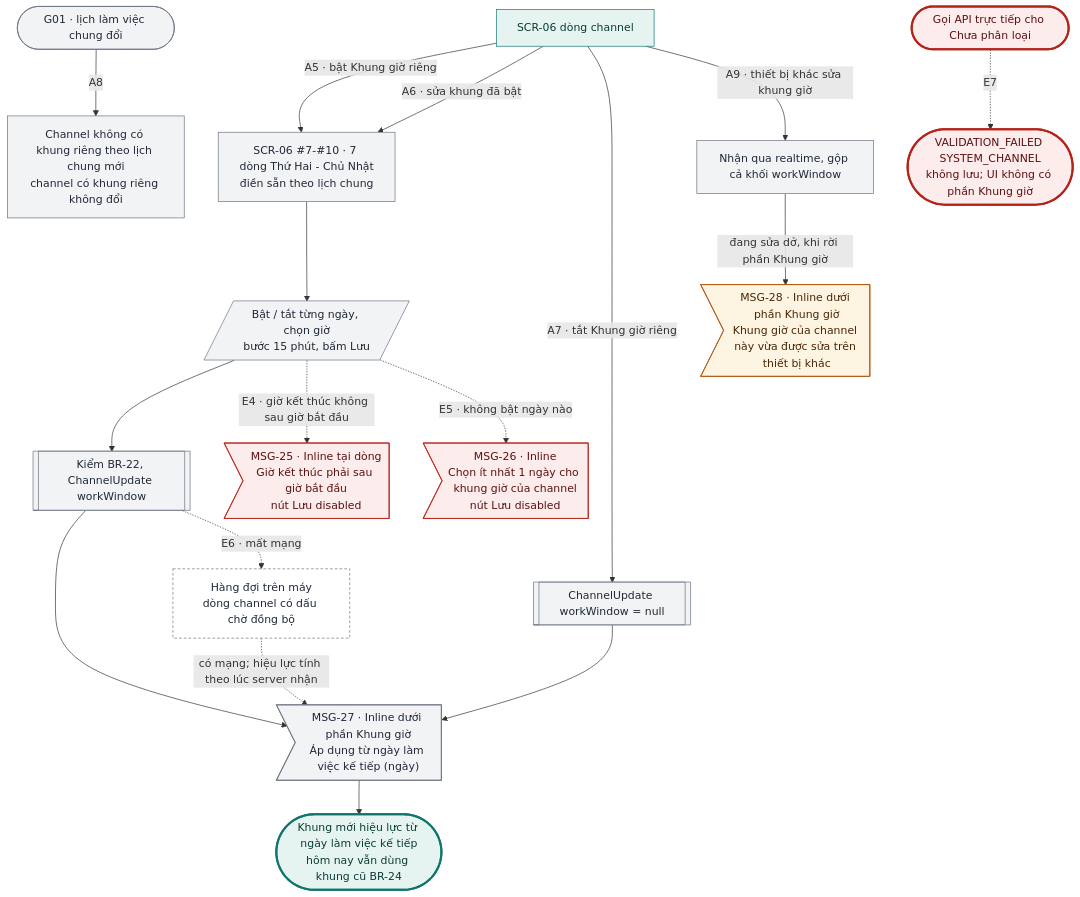
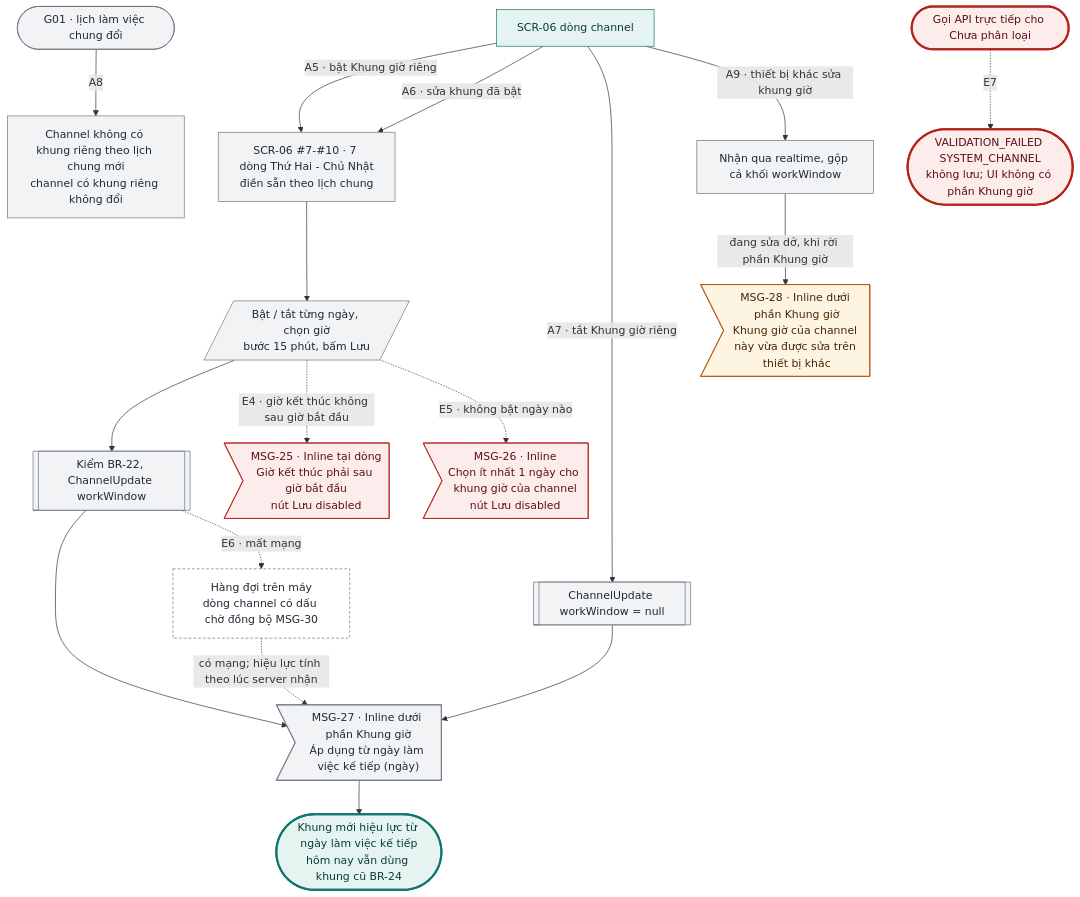
Before and after one commit to tannguyenho/personal-app: diagram 15 of 15 in docs/design-brief/flow/g02-quan-ly-task.md, drawn with Mermaid. The commit also changed other lines of this file and 9 other files, not shown here.

````diff
--- a/docs/design-brief/flow/g02-quan-ly-task.md
+++ b/docs/design-brief/flow/g02-quan-ly-task.md
@@ -665,38 +680,38 @@
 ```mermaid
 flowchart TD
   s1["SCR-06 dòng channel"]
   s1 -->|"A5 · bật Khung giờ riêng"| a5["SCR-06 #7-#10 · 7 dòng Thứ Hai - Chủ Nhật<br/>điền sẵn theo lịch chung"]
   s1 -->|"A6 · sửa khung đã bật"| a5
   a5 --> u1[/"Bật / tắt từng ngày, chọn giờ<br/>bước 15 phút, bấm Lưu"/]
   u1 --> p1[["Kiểm BR-22, ChannelUpdate workWindow"]]
   p1 --> m1>"MSG-27 · Inline dưới phần Khung giờ<br/>Áp dụng từ ngày làm việc kế tiếp (ngày)"]
   m1 --> ok(["Khung mới hiệu lực từ ngày làm việc kế tiếp<br/>hôm nay vẫn dùng khung cũ BR-24"])
   s1 -->|"A7 · tắt Khung giờ riêng"| a7[["ChannelUpdate workWindow = null"]]
   a7 --> m1
   g01(["G01 · lịch làm việc chung đổi"]) -->|"A8"| a8["Channel không có khung riêng theo lịch chung mới<br/>channel có khung riêng không đổi"]
   s1 -->|"A9 · thiết bị khác sửa khung giờ"| a9["Nhận qua realtime, gộp cả khối workWindow"]
   a9 -->|"đang sửa dở, khi rời phần Khung giờ"| a9m>"MSG-28 · Inline dưới phần Khung giờ<br/>Khung giờ của channel này vừa được sửa trên thiết bị khác"]
 
   u1 -.->|"E4 · giờ kết thúc không sau giờ bắt đầu"| e4m>"MSG-25 · Inline tại dòng<br/>Giờ kết thúc phải sau giờ bắt đầu<br/>nút Lưu disabled"]
   u1 -.->|"E5 · không bật ngày nào"| e5m>"MSG-26 · Inline<br/>Chọn ít nhất 1 ngày cho khung giờ của channel<br/>nút Lưu disabled"]
-  p1 -.->|"E6 · mất mạng"| e6["Hàng đợi trên máy<br/>dòng channel có dấu chờ đồng bộ"]
+  p1 -.->|"E6 · mất mạng"| e6["Hàng đợi trên máy<br/>dòng channel có dấu chờ đồng bộ MSG-30"]
   e6 -.->|"có mạng; hiệu lực tính theo lúc server nhận"| m1
   api(["Gọi API trực tiếp cho Chưa phân loại"]) -.->|"E7"| e7(["VALIDATION_FAILED SYSTEM_CHANNEL<br/>không lưu; UI không có phần Khung giờ"])
 
   class s1 happy
   class a5,u1,p1,m1,a7,g01,a8,a9 alt
   class a9m warn
   class e4m,e5m err
   class e6 sync
   class ok done
   class api,e7 fail
   classDef happy fill:#E6F4F1,stroke:#0F766E,color:#0B3B36
   classDef alt fill:#F1F3F5,stroke:#6B7280,color:#1F2937
   classDef err fill:#FDECEC,stroke:#B42318,color:#5C1010
   classDef warn fill:#FEF4E2,stroke:#B45309,color:#4A2604
   classDef ai fill:#F1ECFD,stroke:#6D28D9,color:#2E1065
   classDef sync fill:#FFFFFF,stroke:#6B7280,stroke-dasharray:4 3,color:#1F2937
   classDef link fill:#FFFFFF,stroke:#0F766E,stroke-dasharray:4 3,color:#0B3B36
   classDef done fill:#E6F4F1,stroke:#0F766E,stroke-width:3px,color:#0B3B36
   classDef fail fill:#FDECEC,stroke:#B42318,stroke-width:3px,color:#5C1010
 ```
````
